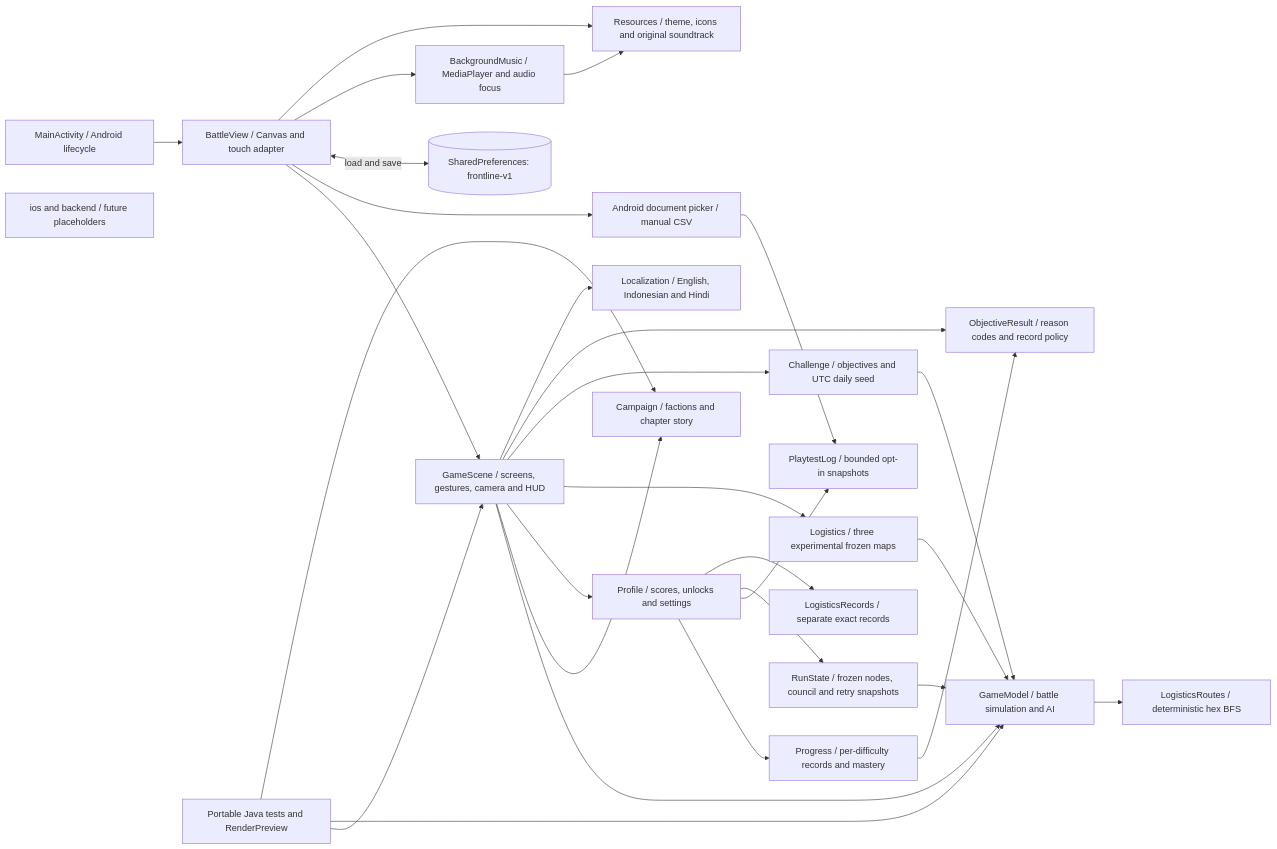
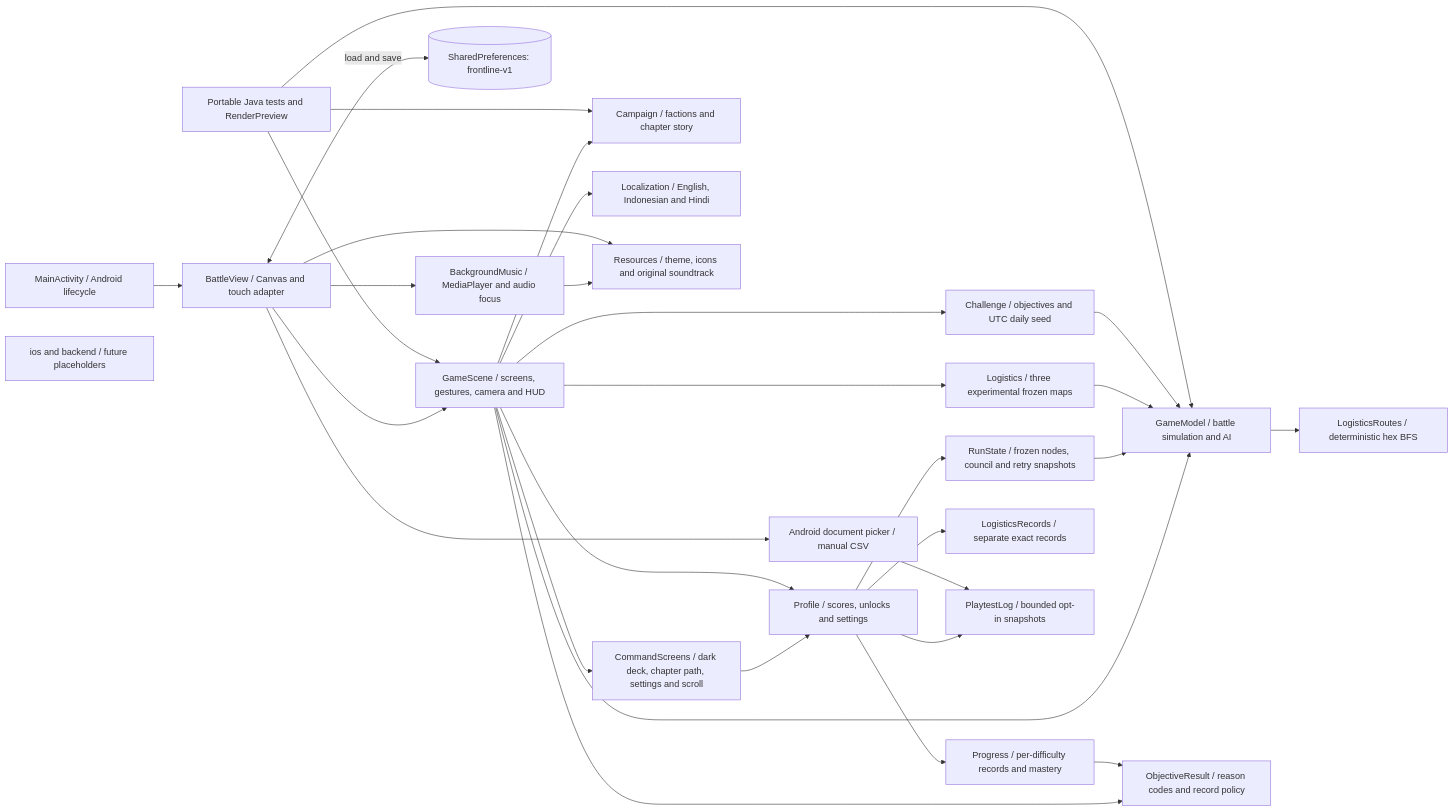
The first of 3 diagrams in docs/architecture.md (rohitashmathur/Frontline), drawn with Mermaid before and after one commit. The commit also changed other lines of this file and 28 other files, not shown here.

Commit message:
Implement V12 step 1 dark home, campaign and settings

````diff
--- a/docs/architecture.md
+++ b/docs/architecture.md
@@ -7,52 +7,55 @@
 ```mermaid
 flowchart LR
     Activity[MainActivity / Android lifecycle]
     View[BattleView / Canvas and touch adapter]
     Scene[GameScene / screens, gestures, camera and HUD]
+    Command[CommandScreens / dark deck, chapter path, settings and scroll]
     Model[GameModel / battle simulation and AI]
     Campaign[Campaign / factions and chapter story]
     Profile[Profile / scores, unlocks and settings]
     Progress[Progress / per-difficulty records and mastery]
     Challenges[Challenge / objectives and UTC daily seed]
     Objective[ObjectiveResult / reason codes and record policy]
     Locale[Localization / English, Indonesian and Hindi]
     Run[RunState / frozen nodes, council and retry snapshots]
     Routes[LogisticsRoutes / deterministic hex BFS]
     Logistics[Logistics / three experimental frozen maps]
     RoutedRecords[LogisticsRecords / separate exact records]
     Log[PlaytestLog / bounded opt-in snapshots]
     Export[Android document picker / manual CSV]
     Storage[(SharedPreferences: frontline-v1)]
     Music[BackgroundMusic / MediaPlayer and audio focus]
     Assets[Resources / theme, icons and original soundtrack]
     Tests[Portable Java tests and RenderPreview]
     Future[ios and backend / future placeholders]
 
     Activity --> View
     View --> Scene
+    Scene --> Command
+    Command --> Profile
     Scene --> Model
     Scene --> Campaign
     Scene --> Profile
     Profile --> Progress
     Profile --> Log
     Profile --> Run
     Run --> Model
     Profile --> RoutedRecords
     Scene --> Logistics
     Logistics --> Model
     Model --> Routes
     Scene --> Challenges
     Scene --> Objective
     Scene --> Locale
     Progress --> Objective
     Challenges --> Model
     View --> Export
     Export --> Log
     View <-->|load and save| Storage
     View --> Music
     Music --> Assets
     View --> Assets
     Tests --> Scene
     Tests --> Model
     Tests --> Campaign
 ```
````
